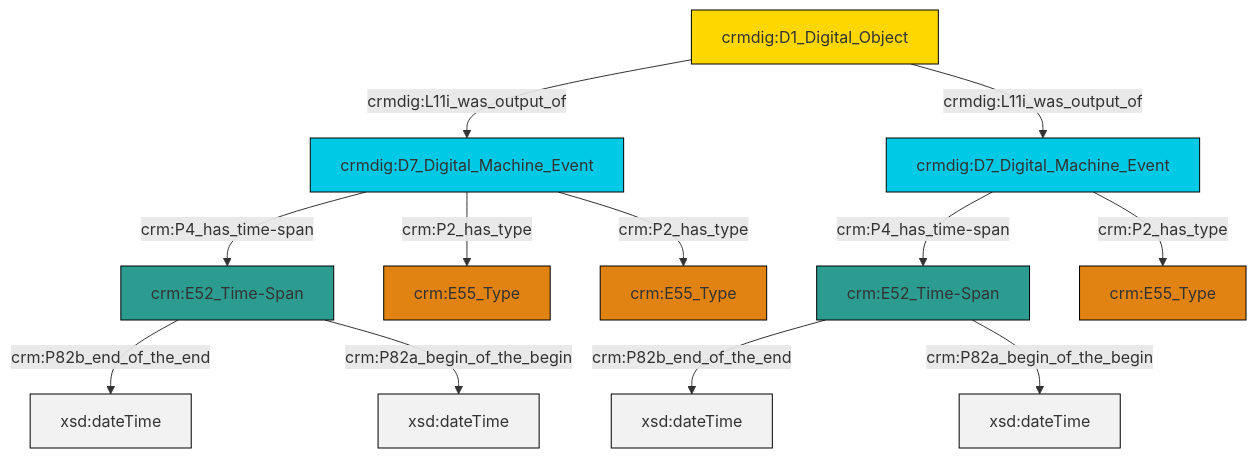
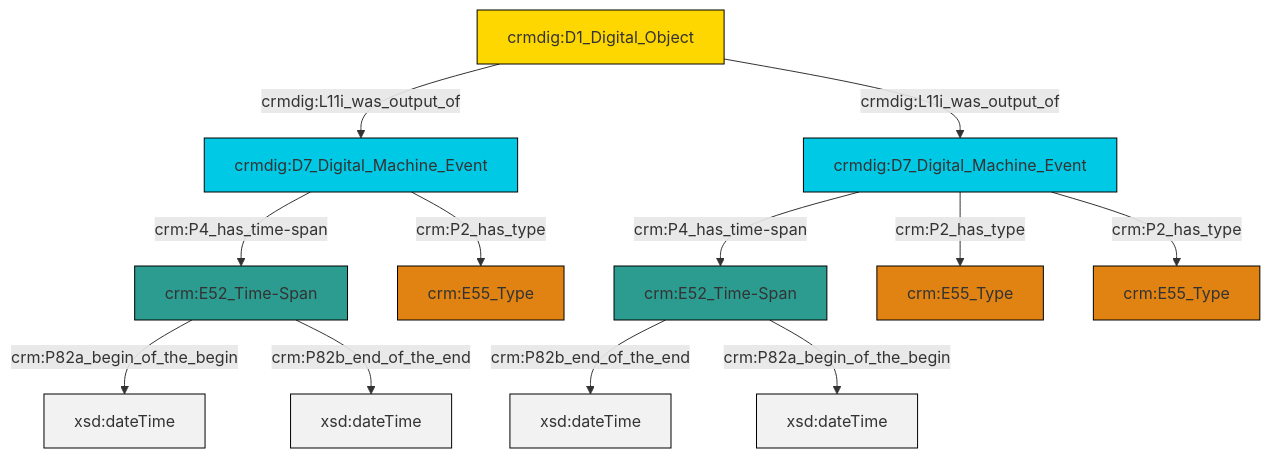
The diagram in et/doCSV/ttl/mmd/do_existence.ttl.mmd (swiss-art-research-net/docs.swissartresearch), drawn with Mermaid before and after one commit. The commit also changed 180 other files, not shown here.

```diff
--- a/et/doCSV/ttl/mmd/do_existence.ttl.mmd
+++ b/et/doCSV/ttl/mmd/do_existence.ttl.mmd
@@ -1,26 +1,26 @@
 graph TD
 classDef Literal fill:#f2f2f2,stroke:#000000;
 classDef CRM_Entity fill:#FFFFFF,stroke:#000000;
 classDef Temporal_Entity fill:#00C9E6, stroke:#000000;
 classDef Type fill:#E18312, stroke:#000000;
 classDef Time-Span fill:#2C9C91, stroke:#000000;
 classDef Appellation fill:#FFEB7F, stroke:#000000;
 classDef Place fill:#008836, stroke:#000000;
 classDef Persistent_Item fill:#B266B2, stroke:#000000;
 classDef Conceptual_Object fill:#FFD700, stroke:#000000;
 classDef Physical_Thing fill:#D2B48C, stroke:#000000;
 classDef Actor fill:#f58aad, stroke:#000000;
 classDef PC_Classes fill:#4ce600, stroke:#000000;
 classDef Multi fill:#cccccc,stroke:#000000;
 
-0["crmdig:D7_Digital_Machine_Event"]:::Temporal_Entity -->|crm:P4_has_time-span| 1["crm:E52_Time-Span"]:::Time-Span
-2["crmdig:D7_Digital_Machine_Event"]:::Temporal_Entity -->|crm:P4_has_time-span| 3["crm:E52_Time-Span"]:::Time-Span
-3["crm:E52_Time-Span"]:::Time-Span -->|crm:P82b_end_of_the_end| 4[xsd:dateTime]:::Literal
-1["crm:E52_Time-Span"]:::Time-Span -->|crm:P82b_end_of_the_end| 7[xsd:dateTime]:::Literal
-2["crmdig:D7_Digital_Machine_Event"]:::Temporal_Entity -->|crm:P2_has_type| 8["crm:E55_Type"]:::Type
-0["crmdig:D7_Digital_Machine_Event"]:::Temporal_Entity -->|crm:P2_has_type| 5["crm:E55_Type"]:::Type
-12["crmdig:D1_Digital_Object"]:::Conceptual_Object -->|crmdig:L11i_was_output_of| 2["crmdig:D7_Digital_Machine_Event"]:::Temporal_Entity
-3["crm:E52_Time-Span"]:::Time-Span -->|crm:P82a_begin_of_the_begin| 18[xsd:dateTime]:::Literal
-2["crmdig:D7_Digital_Machine_Event"]:::Temporal_Entity -->|crm:P2_has_type| 10["crm:E55_Type"]:::Type
-1["crm:E52_Time-Span"]:::Time-Span -->|crm:P82a_begin_of_the_begin| 19[xsd:dateTime]:::Literal
-12["crmdig:D1_Digital_Object"]:::Conceptual_Object -->|crmdig:L11i_was_output_of| 0["crmdig:D7_Digital_Machine_Event"]:::Temporal_Entity
+2["crm:E52_Time-Span"]:::Time-Span -->|crm:P82a_begin_of_the_begin| 3[xsd:dateTime]:::Literal
+0["crmdig:D7_Digital_Machine_Event"]:::Temporal_Entity -->|crm:P4_has_time-span| 2["crm:E52_Time-Span"]:::Time-Span
+7["crm:E52_Time-Span"]:::Time-Span -->|crm:P82b_end_of_the_end| 8[xsd:dateTime]:::Literal
+7["crm:E52_Time-Span"]:::Time-Span -->|crm:P82a_begin_of_the_begin| 16[xsd:dateTime]:::Literal
+2["crm:E52_Time-Span"]:::Time-Span -->|crm:P82b_end_of_the_end| 20[xsd:dateTime]:::Literal
+18["crmdig:D1_Digital_Object"]:::Conceptual_Object -->|crmdig:L11i_was_output_of| 0["crmdig:D7_Digital_Machine_Event"]:::Temporal_Entity
+11["crmdig:D7_Digital_Machine_Event"]:::Temporal_Entity -->|crm:P4_has_time-span| 7["crm:E52_Time-Span"]:::Time-Span
+11["crmdig:D7_Digital_Machine_Event"]:::Temporal_Entity -->|crm:P2_has_type| 13["crm:E55_Type"]:::Type
+11["crmdig:D7_Digital_Machine_Event"]:::Temporal_Entity -->|crm:P2_has_type| 4["crm:E55_Type"]:::Type
+18["crmdig:D1_Digital_Object"]:::Conceptual_Object -->|crmdig:L11i_was_output_of| 11["crmdig:D7_Digital_Machine_Event"]:::Temporal_Entity
+0["crmdig:D7_Digital_Machine_Event"]:::Temporal_Entity -->|crm:P2_has_type| 9["crm:E55_Type"]:::Type
```
